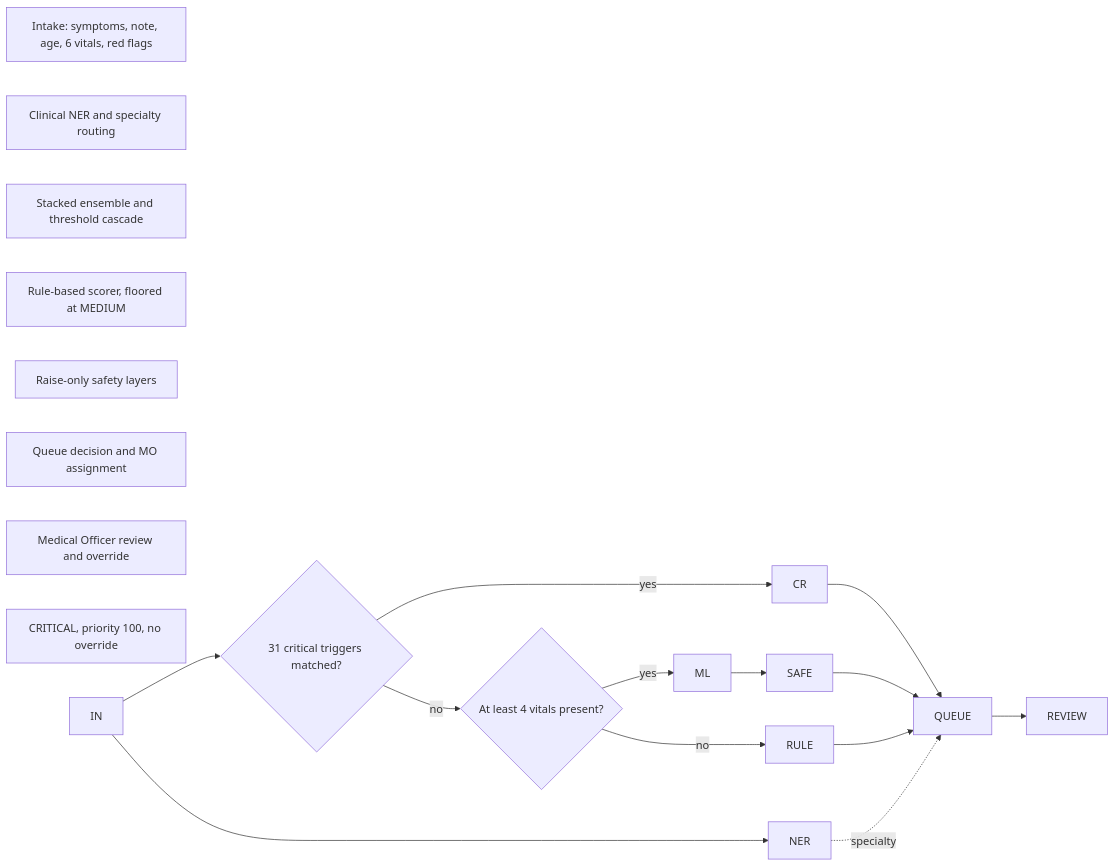
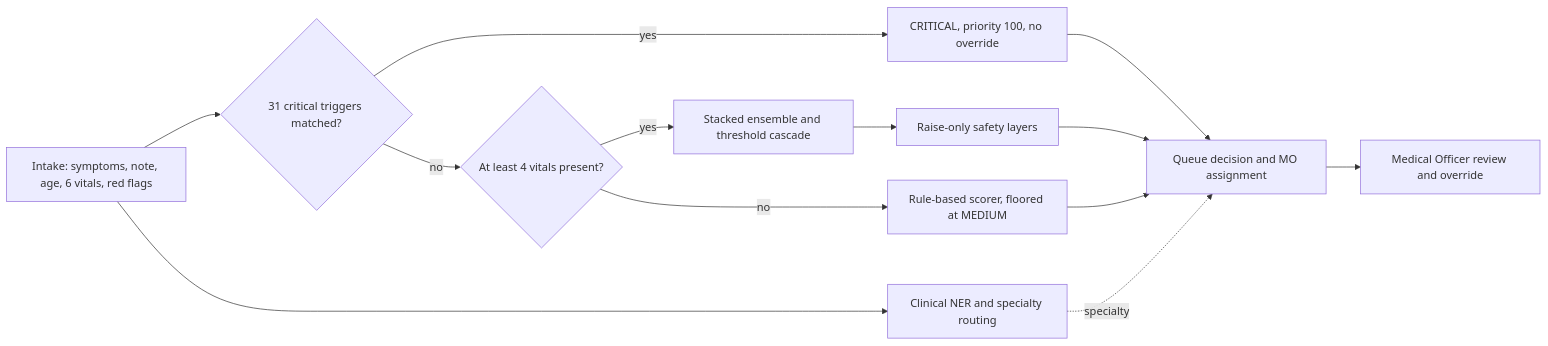
One commit to kavithaniwandi/R26-IT-047 changed the fourth of 4 diagrams in docs/README.md. Above: the diagram before and after it, drawn with Mermaid. The commit also changed other lines of this file, not shown here.

````diff
--- a/docs/README.md
+++ b/docs/README.md
@@ -190,22 +190,22 @@
 ```mermaid
 flowchart LR
-    IN\\\["Intake: symptoms, note, age, 6 vitals, red flags"]
-    NER\\\["Clinical NER and specialty routing"]
+    IN["Intake: symptoms, note, age, 6 vitals, red flags"]
+    NER["Clinical NER and specialty routing"]
     CRIT{"31 critical triggers matched?"}
     VIT{"At least 4 vitals present?"}
-    ML\\\["Stacked ensemble and threshold cascade"]
-    RULE\\\["Rule-based scorer, floored at MEDIUM"]
-    SAFE\\\["Raise-only safety layers"]
-    QUEUE\\\["Queue decision and MO assignment"]
-    REVIEW\\\["Medical Officer review and override"]
-    CR\\\["CRITICAL, priority 100, no override"]
+    ML["Stacked ensemble and threshold cascade"]
+    RULE["Rule-based scorer, floored at MEDIUM"]
+    SAFE["Raise-only safety layers"]
+    QUEUE["Queue decision and MO assignment"]
+    REVIEW["Medical Officer review and override"]
+    CR["CRITICAL, priority 100, no override"]
 
     IN --> NER
     IN --> CRIT
     CRIT -- yes --> CR --> QUEUE
     CRIT -- no --> VIT
     VIT -- yes --> ML --> SAFE --> QUEUE
     VIT -- no --> RULE --> QUEUE
     NER -. "specialty" .-> QUEUE
     QUEUE --> REVIEW
 ```
````
